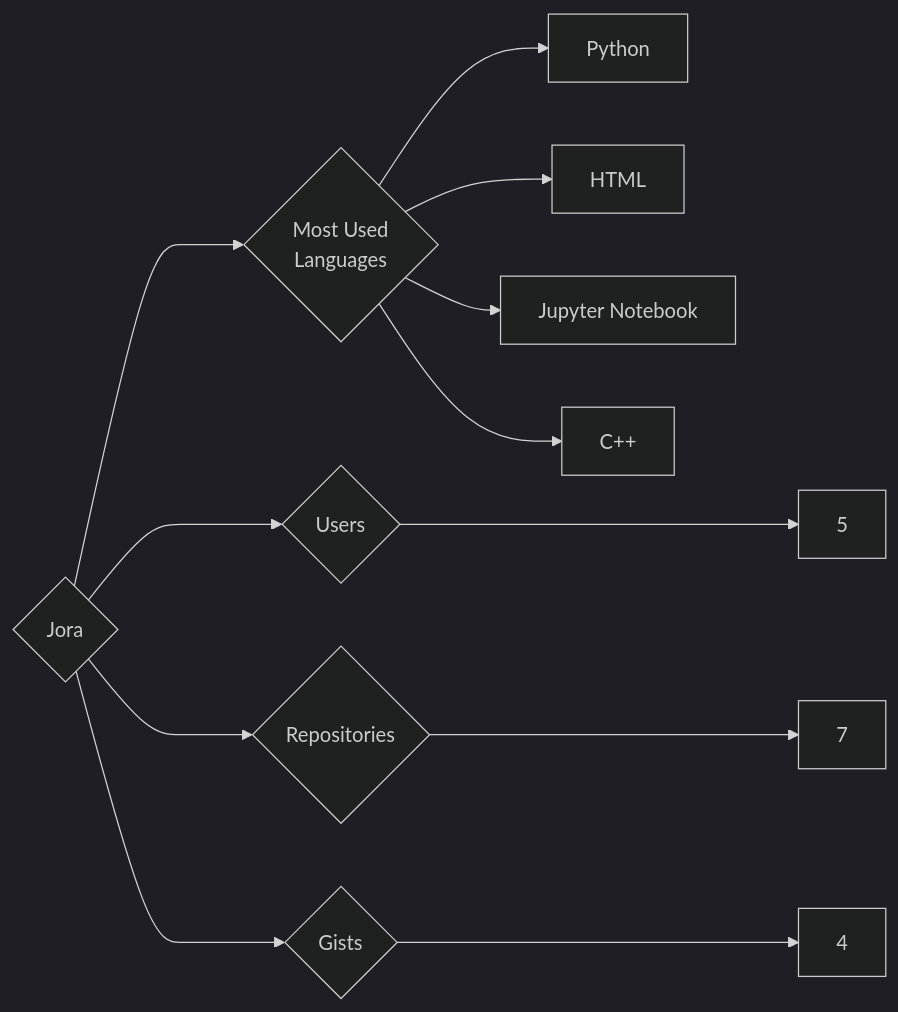
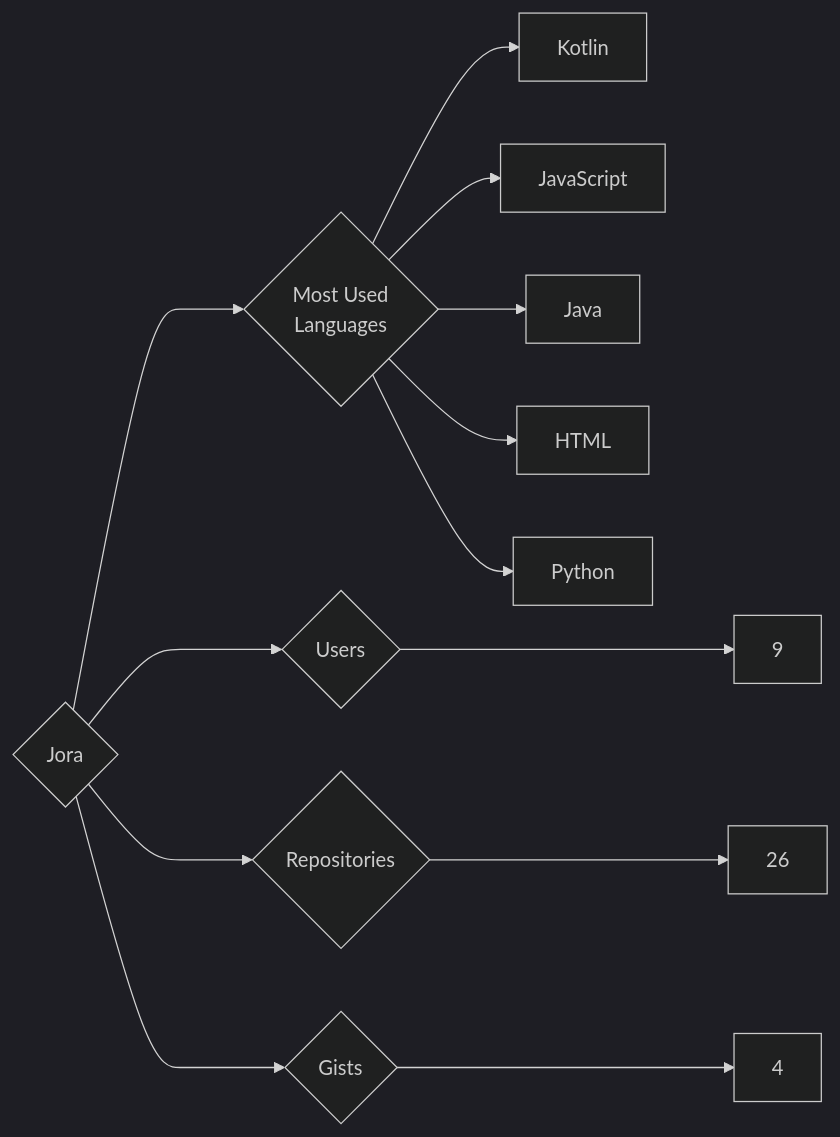
One commit to trickest/insiders changed the diagram in targets/Jora/README.md. Above: the diagram before and after it, drawn with Mermaid (dark theme). The commit also changed 657 other files, not shown here.

````diff
--- a/targets/Jora/README.md
+++ b/targets/Jora/README.md
@@ -3,12 +3,13 @@
 ```mermaid
 graph LR
 COMPANY_NAME{Jora}
-COMPANY_NAME ---> U{Users} ---> UN[5]
-COMPANY_NAME ---> R{Repositories} ---> RN[7]
+COMPANY_NAME ---> U{Users} ---> UN[9]
+COMPANY_NAME ---> R{Repositories} ---> RN[26]
 COMPANY_NAME ---> G{Gists} ---> GN[4]
 COMPANY_NAME ---> ML{Most Used<br>Languages}
+ML --> Kotlin[Kotlin]
+ML --> JavaScript[JavaScript]
+ML --> Java[Java]
+ML --> HTML[HTML]
 ML --> Python[Python]
-ML --> HTML[HTML]
-ML --> Jupyter_Notebook[Jupyter Notebook]
-ML --> C++[C++]
 ```
````
